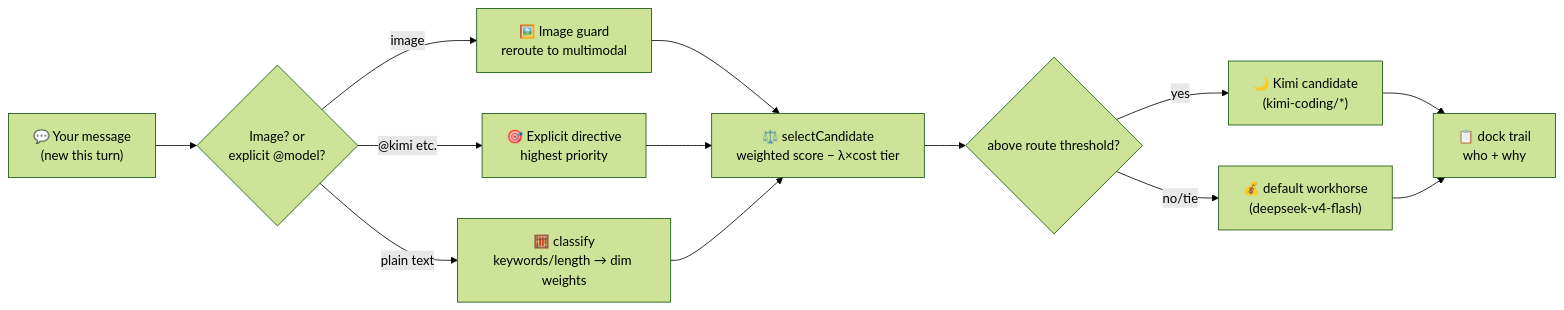
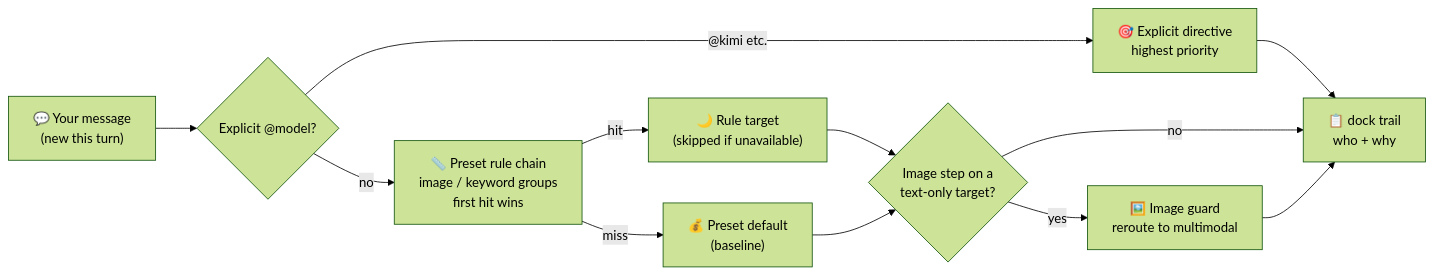
One commit to tafcear/kimi-tide changed the fourth of 4 diagrams in README.md. Above: the diagram before and after it, drawn with Mermaid (forest theme). The commit also changed other lines of this file and 7 other files, not shown here.

Commit message:
docs+release: 0.5.0 规则驱动路由——router.md 重写（弃版本号文件名）、README/路线图/定位同步、package 0.5.0

````diff
--- a/README.md
+++ b/README.md
@@ -388,15 +379,14 @@
 ```mermaid
 flowchart LR
-    A["💬 Your message<br>(new this turn)"] --> B{"Image? or<br>explicit @model?"}
-    B -- image --> G["🖼️ Image guard<br>reroute to multimodal"]
+    A["💬 Your message<br>(new this turn)"] --> B{"Explicit @model?"}
     B -- "@kimi etc." --> H["🎯 Explicit directive<br>highest priority"]
-    B -- plain text --> C["🧮 classify<br>keywords/length → dim weights"]
-    G --> D
-    H --> D
-    C --> D["⚖️ selectCandidate<br>weighted score − λ×cost tier"]
-    D --> E{"above route threshold?"}
-    E -- yes --> F["🌙 Kimi candidate<br>(kimi-coding/*)"]
-    E -- no/tie --> I["💰 default workhorse<br>(deepseek-v4-flash)"]
-    F --> J["📋 dock trail<br>who + why"]
-    I --> J
+    B -- no --> C["📏 Preset rule chain<br>image / keyword groups<br>first hit wins"]
+    C -- hit --> D["🌙 Rule target<br>(skipped if unavailable)"]
+    C -- miss --> E["💰 Preset default<br>(baseline)"]
+    H --> J
+    D --> F{"Image step on a<br>text-only target?"}
+    E --> F
+    F -- yes --> G["🖼️ Image guard<br>reroute to multimodal"]
+    F -- no --> J["📋 dock trail<br>who + why"]
+    G --> J
 ```
````
